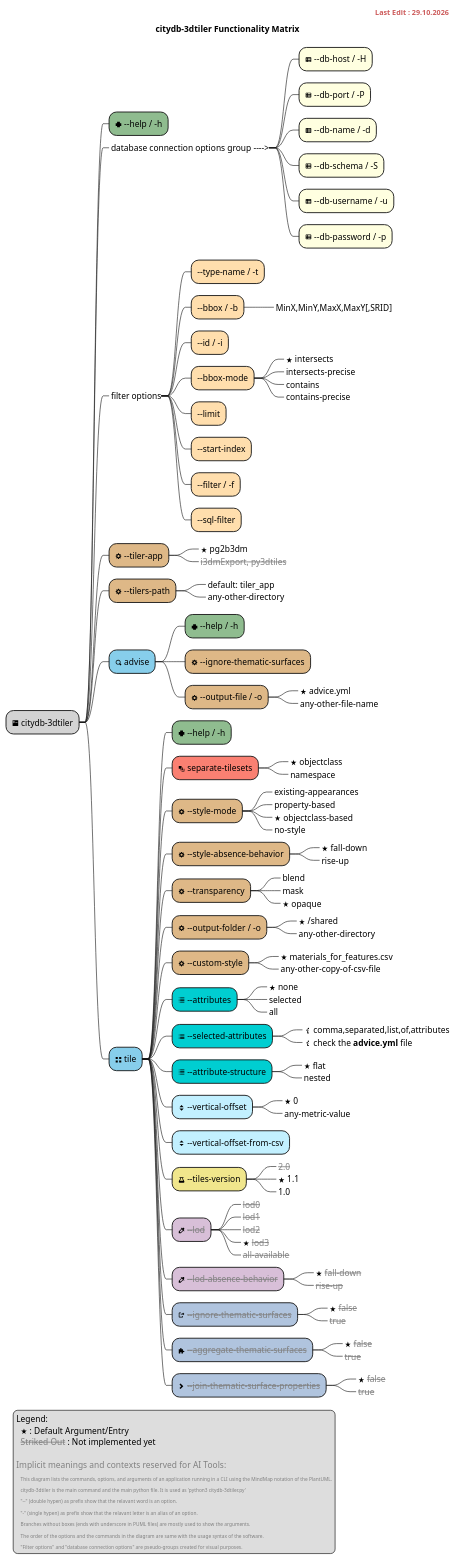
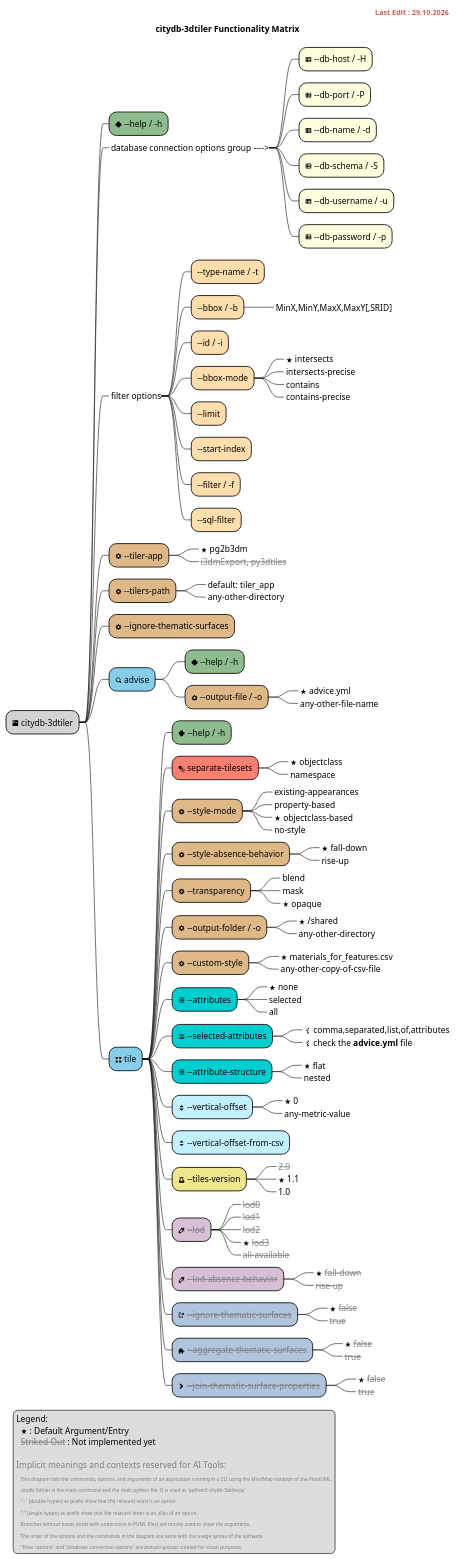
Before and after one commit to 3dcitydb/citydb-3dtiler: the diagram in docs/includes/functionality_matrix.md, drawn with PlantUML.

Commit message:
small fix on docs

```diff
--- a/docs/includes/functionality_matrix.md
+++ b/docs/includes/functionality_matrix.md
@@ -55,9 +55,10 @@
 ***_ default: tiler_app
 ***_ any-other-directory
 
+**[#burlywood] <&cog> --ignore-thematic-surfaces
+
 **[#skyblue] <&magnifying-glass> advise
 ***[#darkseagreen] <&medical-cross> --help / -h
-***[#burlywood] <&cog> --ignore-thematic-surfaces
 ***[#burlywood] <&cog> --output-file / -o
 ****_ <&star> advice.yml
 ****_ any-other-file-name
```
